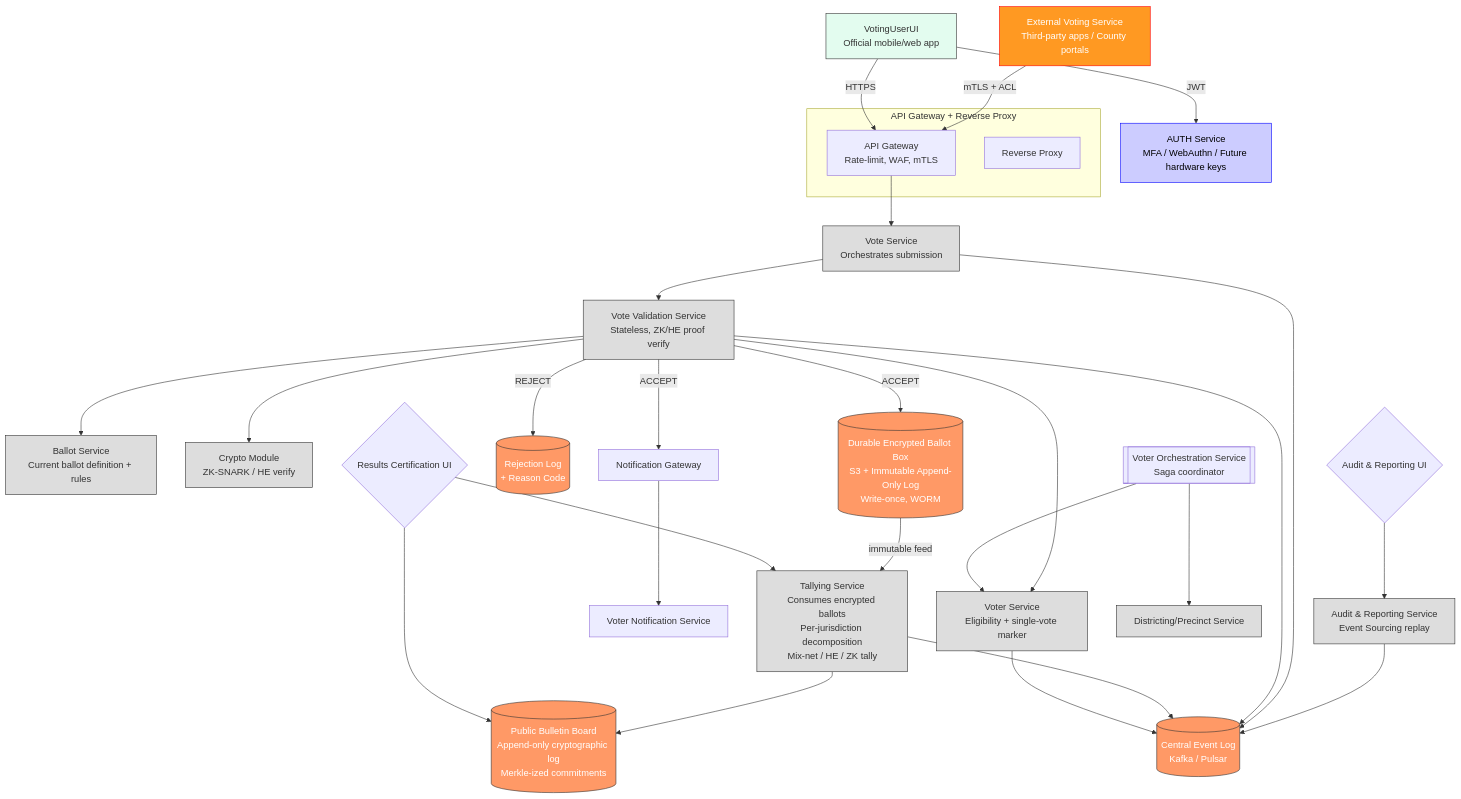
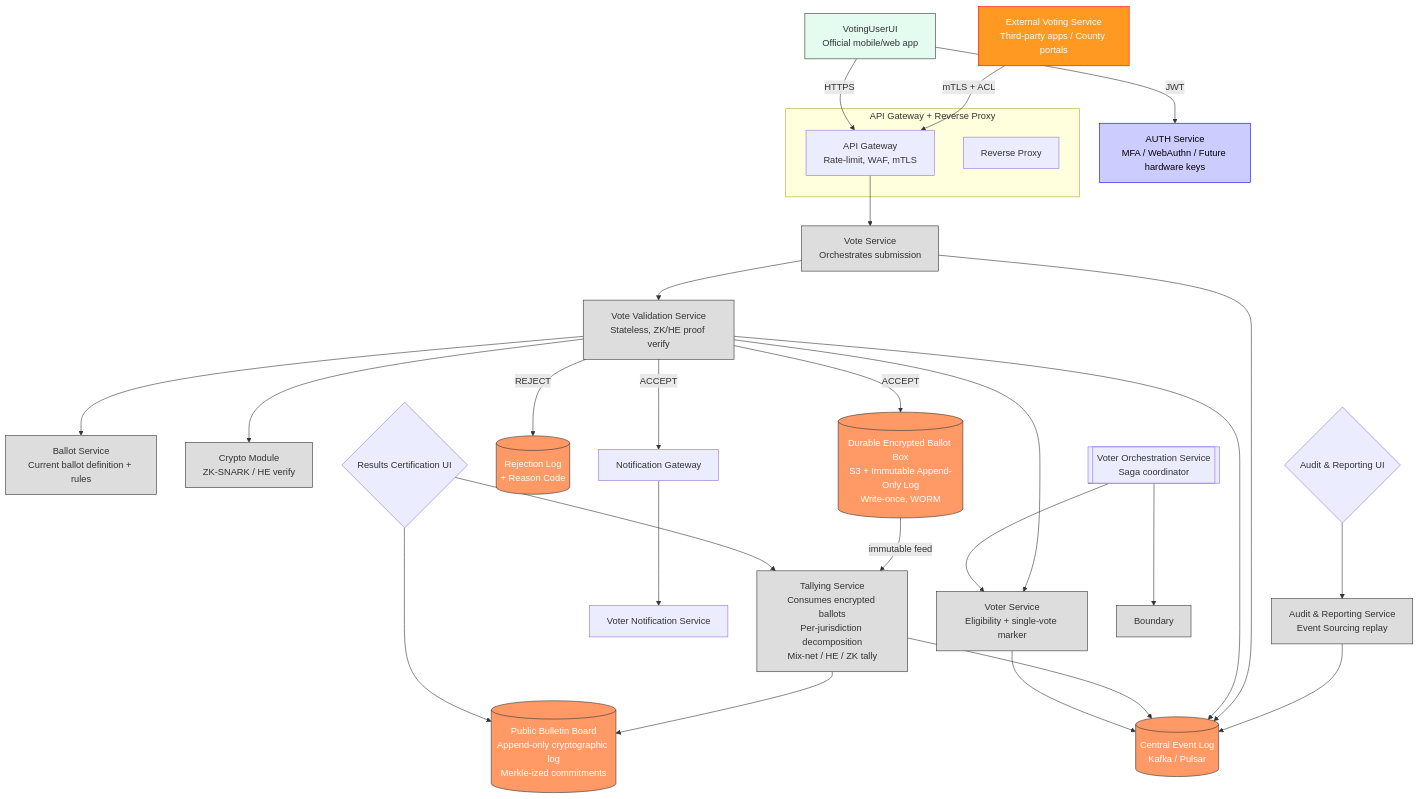
Before and after one commit to thatisscary/electioneer: the ninth of 9 diagrams in docs/Domains.md, drawn with Mermaid.

Commit message:
Updated Domain to Boundary

````diff
--- a/docs/Domains.md
+++ b/docs/Domains.md
@@ -106,61 +106,61 @@
 ```mermaid
 graph TB
     %% External world
     EVS[External Voting Service<br/>Third-party apps / County portals]:::external
     VoterPhone[VotingUserUI<br/>Official mobile/web app]:::ui
 
     %% Entry points
     subgraph API_GW["API Gateway + Reverse Proxy"]
         APIG[API Gateway<br/>Rate-limit, WAF, mTLS]
         RP[Reverse Proxy]
     end
 
     %% Authentication (still TBD – shown as central for now)
     AUTH[AUTH Service<br/>MFA / WebAuthn / Future hardware keys]:::infra
 
     %% Core voting flow
     VoterPhone -->|JWT| AUTH
     EVS -->|mTLS + ACL| APIG
     VoterPhone -->|HTTPS| APIG
 
     APIG --> VS[Vote Service<br/>Orchestrates submission]:::internal
     VS --> VVS[Vote Validation Service<br/>Stateless, ZK/HE proof verify]:::internal
 
     %% Services VVS depends on
     VVS --> VoterService[Voter Service<br/>Eligibility + single-vote marker]:::internal
     VVS --> BallotService[Ballot Service<br/>Current ballot definition + rules]:::internal
     VVS --> Crypto[Crypto Module<br/>ZK-SNARK / HE verify]:::internal
 
     %% Durable storage after validation
     VVS -->|ACCEPT| BOBJ[(Durable Encrypted Ballot Box<br/>S3 + Immutable Append-Only Log<br/>Write-once, WORM)]:::storage
     VVS -->|REJECT| RejectLog[(Rejection Log<br/>+ Reason Code)]:::storage
     VVS -->|ACCEPT| NG[Notification Gateway] --> VRN[Voter Notification Service]
 
     %% Tallying pulls from the durable box
     BOBJ -->|immutable feed| TS[Tallying Service<br/>Consumes encrypted ballots<br/>Per-jurisdiction decomposition<br/>Mix-net / HE / ZK tally]:::internal
     TS --> PublicBB[(Public Bulletin Board<br/>Append-only cryptographic log<br/>Merkle-ized commitments)]:::storage
 
     %% Certification & Audit
     RCS{Results Certification UI} --> TS
     RCS --> PublicBB
     ARUI{Audit & Reporting UI} --> ARS[Audit & Reporting Service<br/>Event Sourcing replay]:::internal
     ARS --> EventStore[(Central Event Log<br/>Kafka / Pulsar)]:::storage
 
     %% Event sourcing backbone
     VS --> EventStore
     VVS --> EventStore
     TS --> EventStore
     VoterService --> EventStore
 
     %% Districting integration (post-MVP)
-    VORCH[[Voter Orchestration Service<br/>Saga coordinator]] --> JDPS[Districting/Precinct Service]:::internal
+    VORCH[[Voter Orchestration Service<br/>Saga coordinator]] --> Boundary[Boundary]:::internal
     VORCH --> VoterService
 
     %% Styling
     classDef external fill:#f92,stroke:#f00,color:#fff
     classDef ui fill:#e3fcef,stroke:#333
     classDef internal fill:#ddd,stroke:#333
     classDef storage fill:#f96,stroke:#333,color:#fff
     classDef infra fill:#ccf,stroke:#00f,color:#000
     classDef domain fill:#afcddd,stroke:#333,stroke-width:3px
 ```
````
